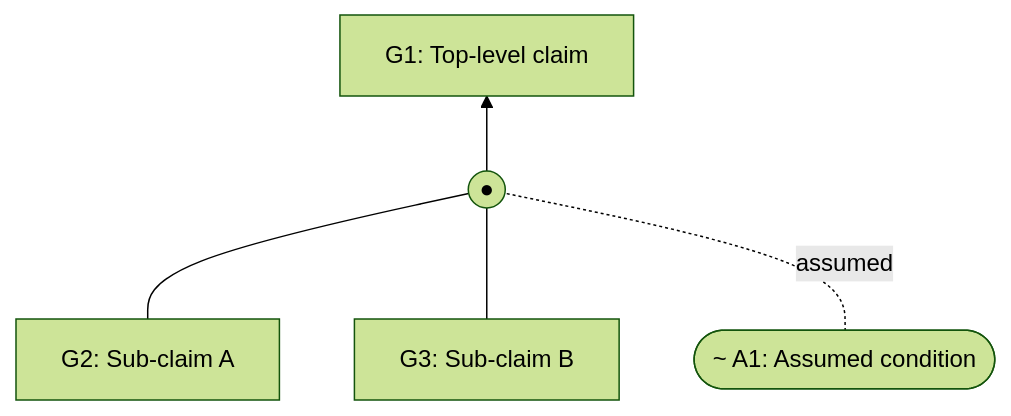
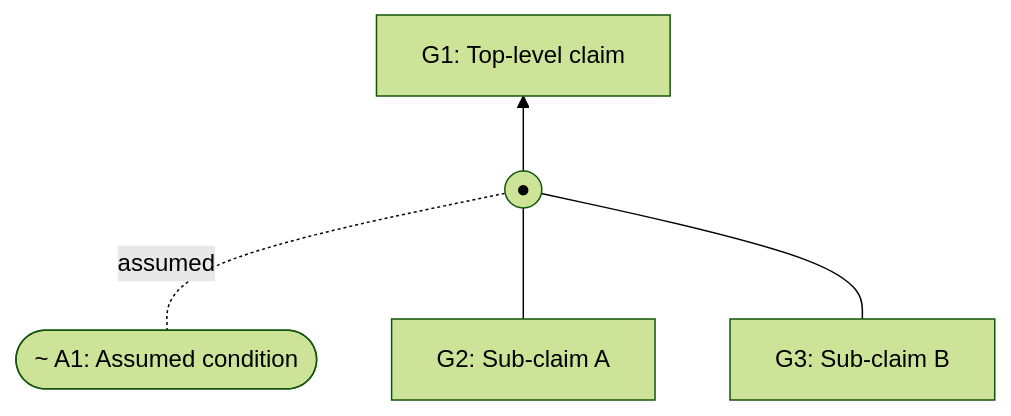
Diagram 18 of 19 in docs/sacm-mermaid.md (coreinfrastructure/best-practices-badge), drawn with Mermaid (forest theme) before and after one commit. The commit also changed other lines of this file, not shown here.

````diff
--- a/docs/sacm-mermaid.md
+++ b/docs/sacm-mermaid.md
@@ -670,13 +672,13 @@
 ```mermaid
 flowchart BT
     G2["G2: Sub-claim A"]
     G3["G3: Sub-claim B"]
     A1(["~ A1: Assumed condition"])
     Inf1(("●"))
     G1["G1: Top-level claim"]
 
+    A1 -. "assumed" .- Inf1
     G2 --- Inf1
     G3 --- Inf1
-    A1 -. "assumed" .- Inf1
     Inf1 --> G1
 ```
````
